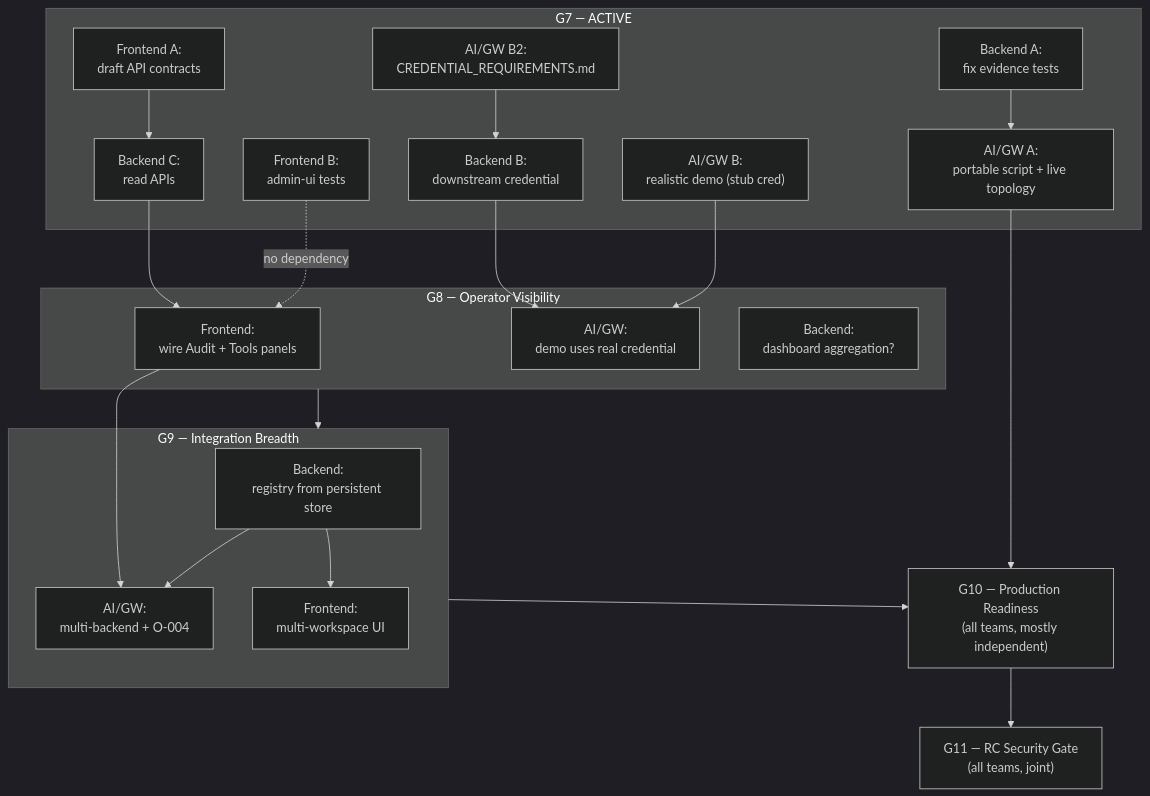
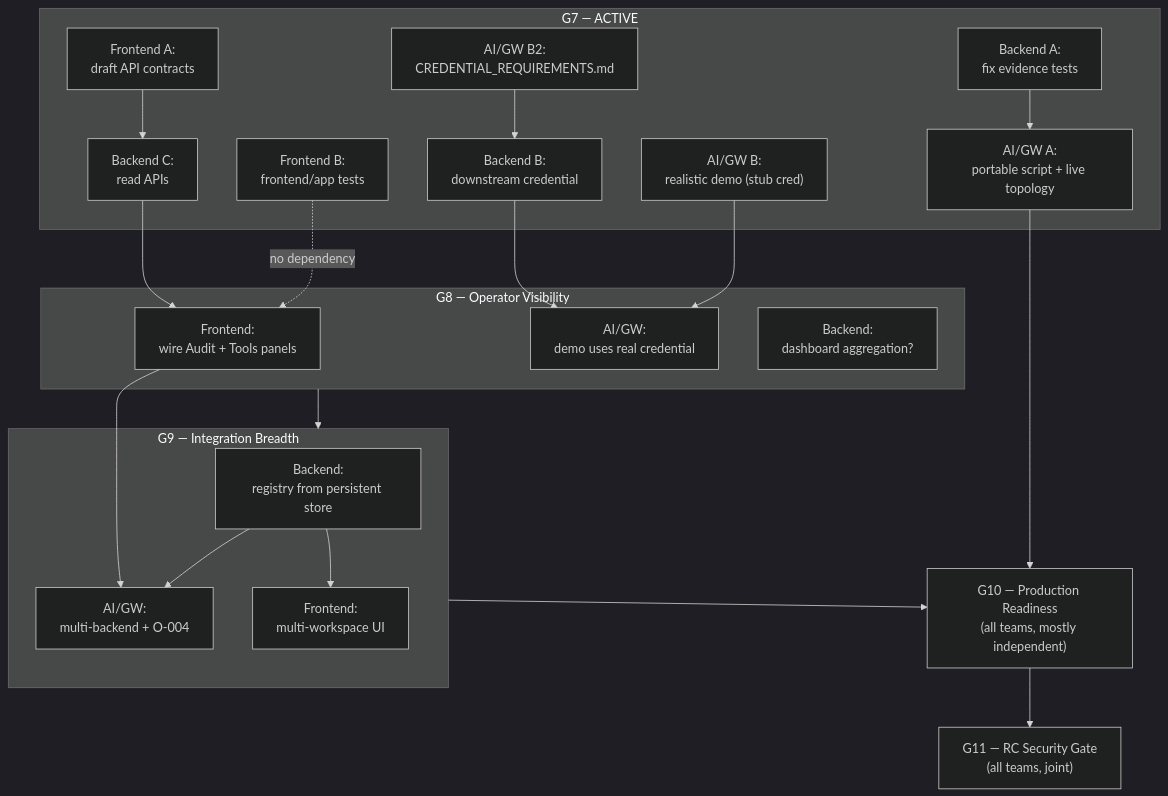
The diagram in docs/PHASES/PROGRESS_AND_ROADMAP.md (rushi-dynmsh/agentgate-dev), drawn with Mermaid (dark theme) before and after one commit. The commit also changed other lines of this file and 45 other files, not shown here.

````diff
--- a/docs/PHASES/PROGRESS_AND_ROADMAP.md
+++ b/docs/PHASES/PROGRESS_AND_ROADMAP.md
@@ -256,43 +275,43 @@
 ```mermaid
 flowchart TD
     subgraph G7["G7 — ACTIVE"]
         B7A["Backend A:<br/>fix evidence tests"]
         G7A["AI/GW A:<br/>portable script + live topology"]
         G7B2["AI/GW B2:<br/>CREDENTIAL_REQUIREMENTS.md"]
         B7B["Backend B:<br/>downstream credential"]
         F7A["Frontend A:<br/>draft API contracts"]
         B7C["Backend C:<br/>read APIs"]
         G7B["AI/GW B:<br/>realistic demo (stub cred)"]
-        F7B["Frontend B:<br/>admin-ui tests"]
+        F7B["Frontend B:<br/>frontend/app tests"]
     end
 
     subgraph G8["G8 — Operator Visibility"]
         F8["Frontend:<br/>wire Audit + Tools panels"]
         G8A["AI/GW:<br/>demo uses real credential"]
         B8["Backend:<br/>dashboard aggregation?"]
     end
 
     subgraph G9["G9 — Integration Breadth"]
         B9["Backend:<br/>registry from persistent store"]
         G9A["AI/GW:<br/>multi-backend + O-004"]
         F9["Frontend:<br/>multi-workspace UI"]
     end
 
     G10["G10 — Production Readiness<br/>(all teams, mostly independent)"]
     G11["G11 — RC Security Gate<br/>(all teams, joint)"]
 
     B7A --> G7A
     G7B2 --> B7B
     F7A --> B7C
     B7C --> F8
     B7B --> G8A
     G7B --> G8A
     F7B -.->|no dependency| F8
     F8 --> G9A
     B9 --> G9A
     B9 --> F9
     G8 --> G9
     G7A --> G10
     G9 --> G10
     G10 --> G11
 ```
````
